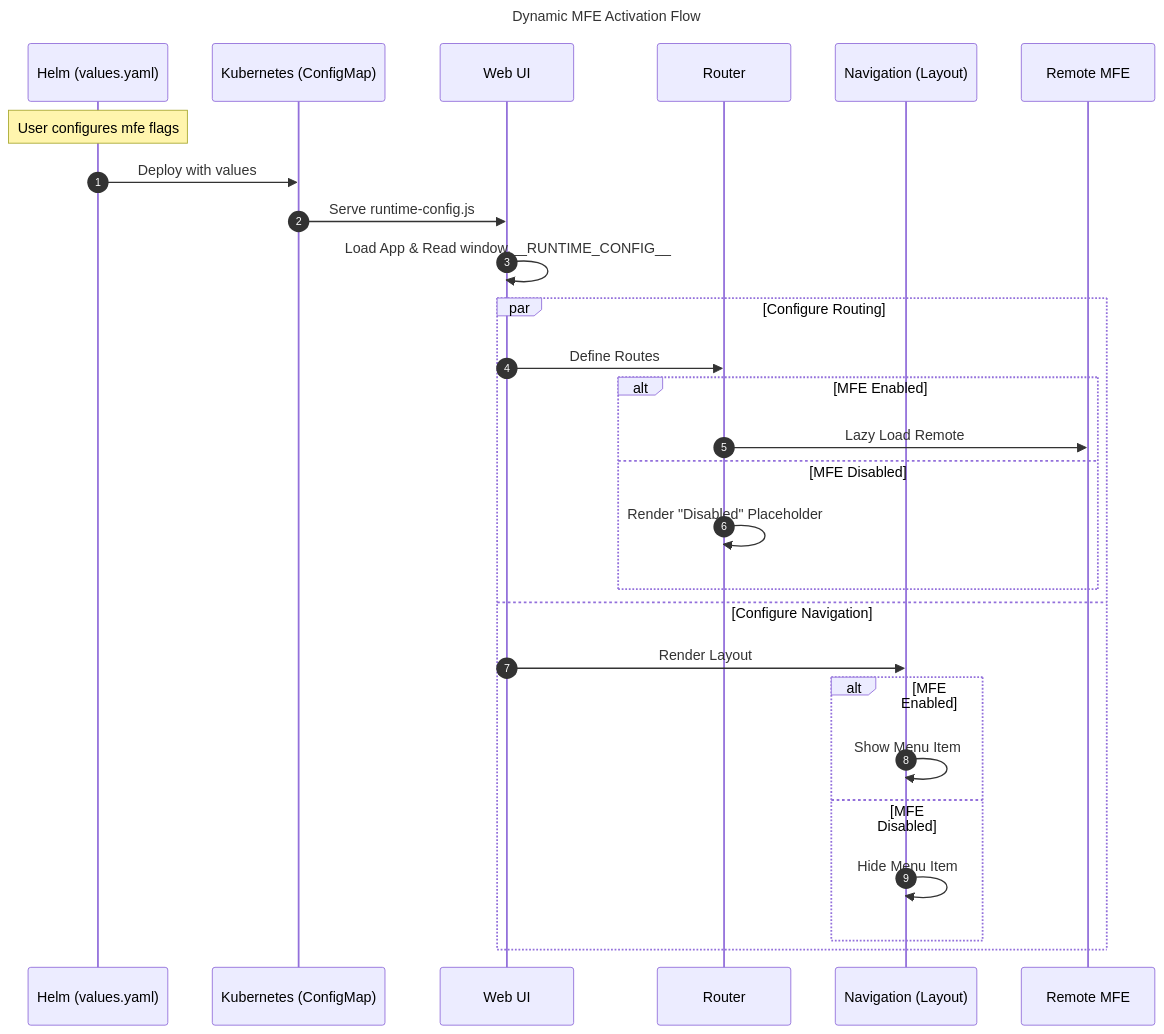
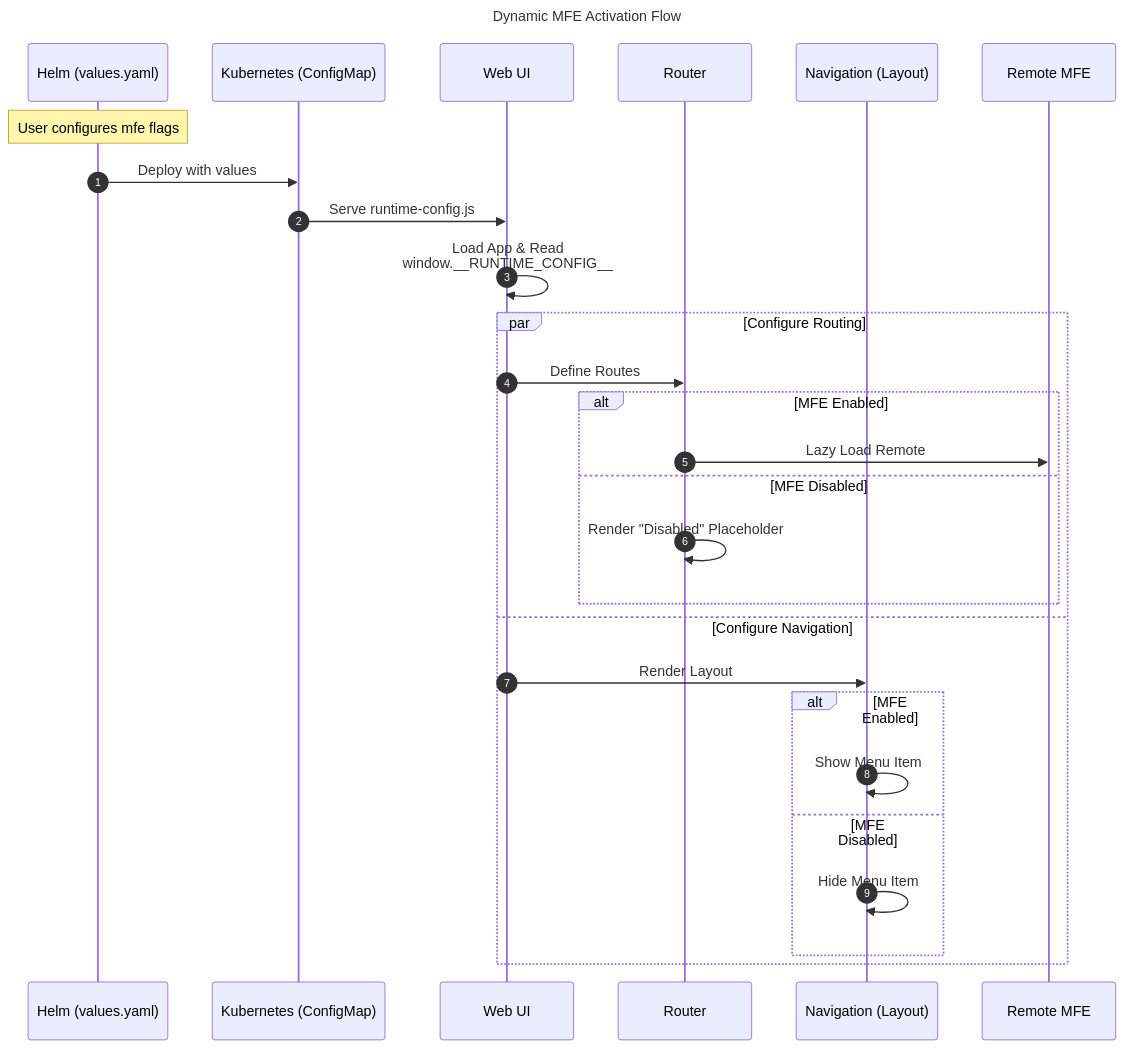
The diagram in design-proposals/ui-composability.md (open-edge-platform/edge-manageability-framework), drawn with Mermaid before and after one commit. The commit also changed other lines of this file, not shown here.

Commit message:
more changes

````diff
--- a/design-proposals/ui-composability.md
+++ b/design-proposals/ui-composability.md
@@ -40,34 +40,34 @@
 ```mermaid
 sequenceDiagram
     autonumber
     title Dynamic MFE Activation Flow
 
     participant helm as Helm (values.yaml)
     participant k8s as Kubernetes (ConfigMap)
     participant app as Web UI
     participant router as Router
     participant nav as Navigation (Layout)
     participant mfe as Remote MFE
 
     Note over helm: User configures mfe flags
     helm ->> k8s: Deploy with values
     k8s ->> app: Serve runtime-config.js
     
-    app ->> app: Load App & Read window.__RUNTIME_CONFIG__
+    app ->> app: Load App & Read<br/>window.__RUNTIME_CONFIG__
     
     par Configure Routing
         app ->> router: Define Routes
         alt MFE Enabled
             router ->> mfe: Lazy Load Remote
         else MFE Disabled
             router ->> router: Render "Disabled" Placeholder
         end
     and Configure Navigation
         app ->> nav: Render Layout
         alt MFE Enabled
             nav ->> nav: Show Menu Item
         else MFE Disabled
             nav ->> nav: Hide Menu Item
         end
     end
 ```
````
